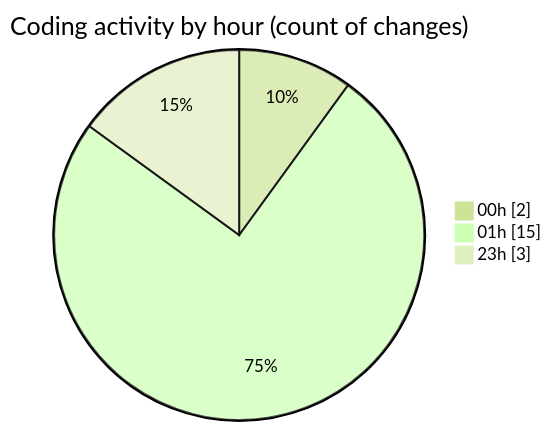
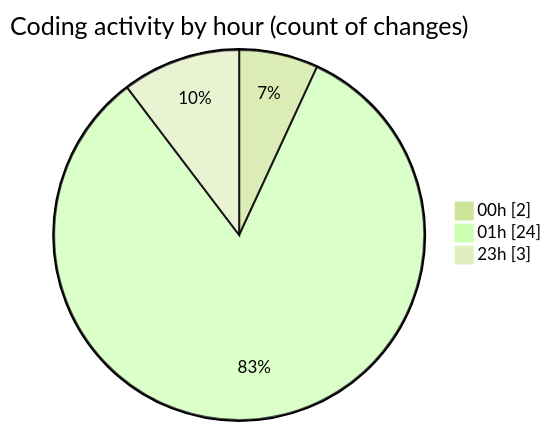
One commit to lephambinh05/code-tracking changed the second of 2 diagrams in 2025-07-16/nhahang/README.md. Above: the diagram before and after it, drawn with Mermaid (forest theme). The commit also changed other lines of this file and 1 other file, not shown here.

````diff
--- a/2025-07-16/nhahang/README.md
+++ b/2025-07-16/nhahang/README.md
@@ -40,7 +44,7 @@
 ```mermaid
 pie showData
 title Coding activity by hour (count of changes)
 "00h" : 2
-"01h" : 15
+"01h" : 24
 "23h" : 3
 ```
````
